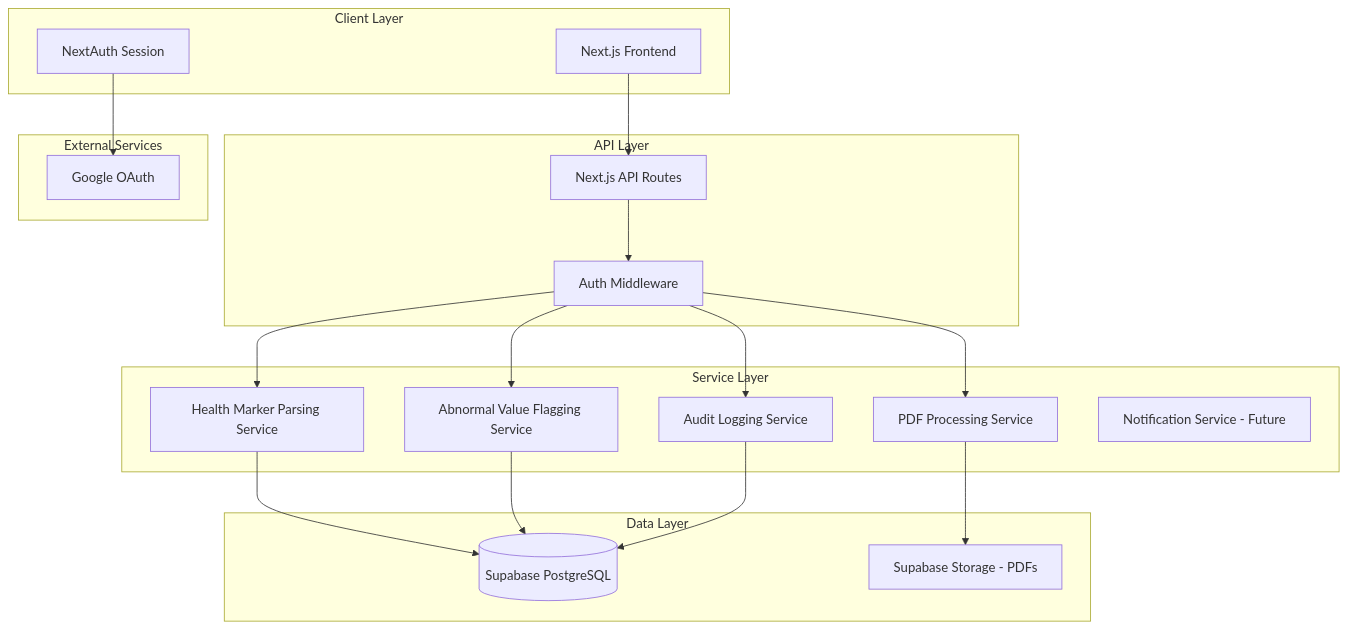
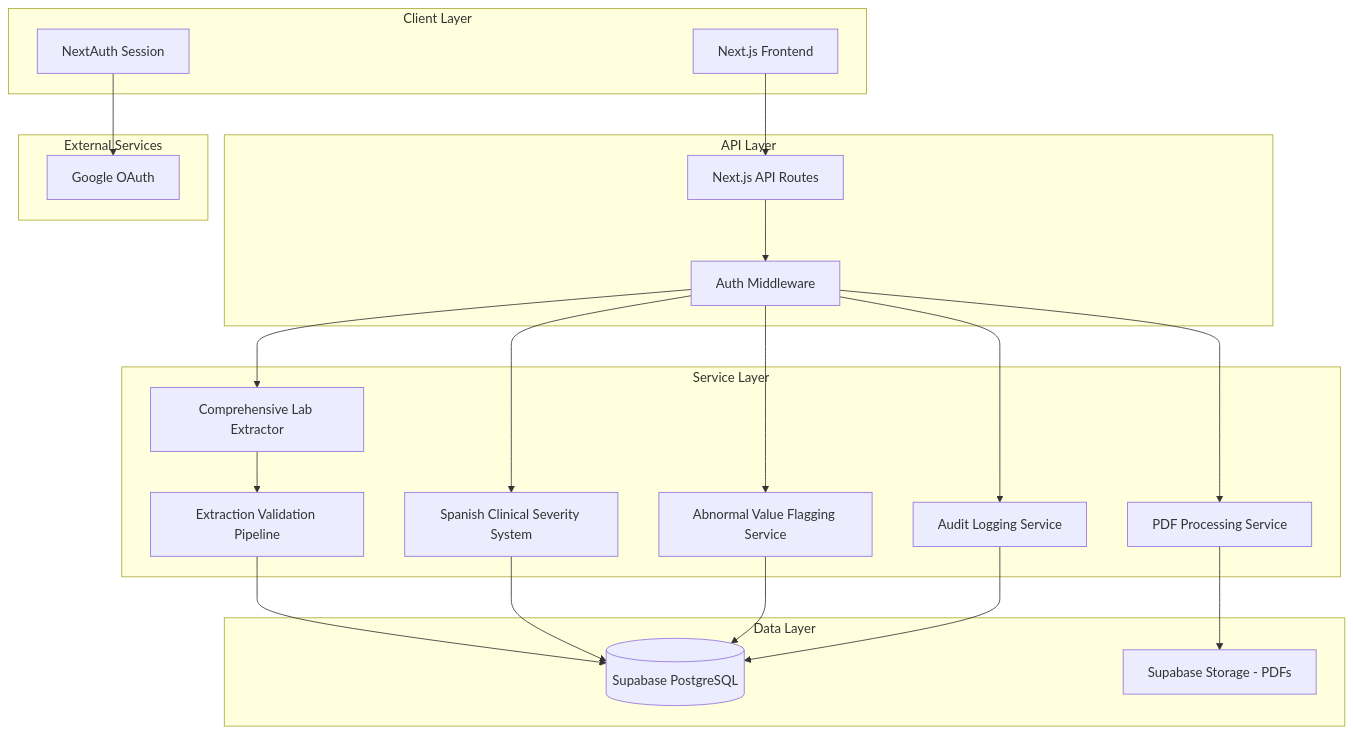
One commit to cris-achiardi/labsense changed the diagram in .kiro/specs/lab-result-prioritization/design.md. Above: the diagram before and after it, drawn with Mermaid. The commit also changed other lines of this file and 5 other files, not shown here.

````diff
--- a/.kiro/specs/lab-result-prioritization/design.md
+++ b/.kiro/specs/lab-result-prioritization/design.md
@@ -18,41 +18,45 @@
 ```mermaid
 graph TB
     subgraph "Client Layer"
         UI[Next.js Frontend]
         Auth[NextAuth Session]
     end
     
     subgraph "API Layer"
         API[Next.js API Routes]
         Middleware[Auth Middleware]
     end
     
     subgraph "Service Layer"
         PDFService[PDF Processing Service]
-        ParsingService[Health Marker Parsing Service]
+        ComprehensiveExtractor[Comprehensive Lab Extractor]
+        SeverityClassifier[Spanish Clinical Severity System]
         FlaggingService[Abnormal Value Flagging Service]
         AuditService[Audit Logging Service]
-        NotificationService[Notification Service - Future]
+        ValidationPipeline[Extraction Validation Pipeline]
     end
     
     subgraph "Data Layer"
         DB[(Supabase PostgreSQL)]
         Storage[Supabase Storage - PDFs]
     end
     
     subgraph "External Services"
         Google[Google OAuth]
     end
     
     UI --> API
     Auth --> Google
     API --> Middleware
     Middleware --> PDFService
-    Middleware --> ParsingService
+    Middleware --> ComprehensiveExtractor
+    Middleware --> SeverityClassifier
     Middleware --> FlaggingService
     Middleware --> AuditService
     PDFService --> Storage
-    ParsingService --> DB
+    ComprehensiveExtractor --> ValidationPipeline
+    ValidationPipeline --> DB
+    SeverityClassifier --> DB
     FlaggingService --> DB
     AuditService --> DB
 ```
````
